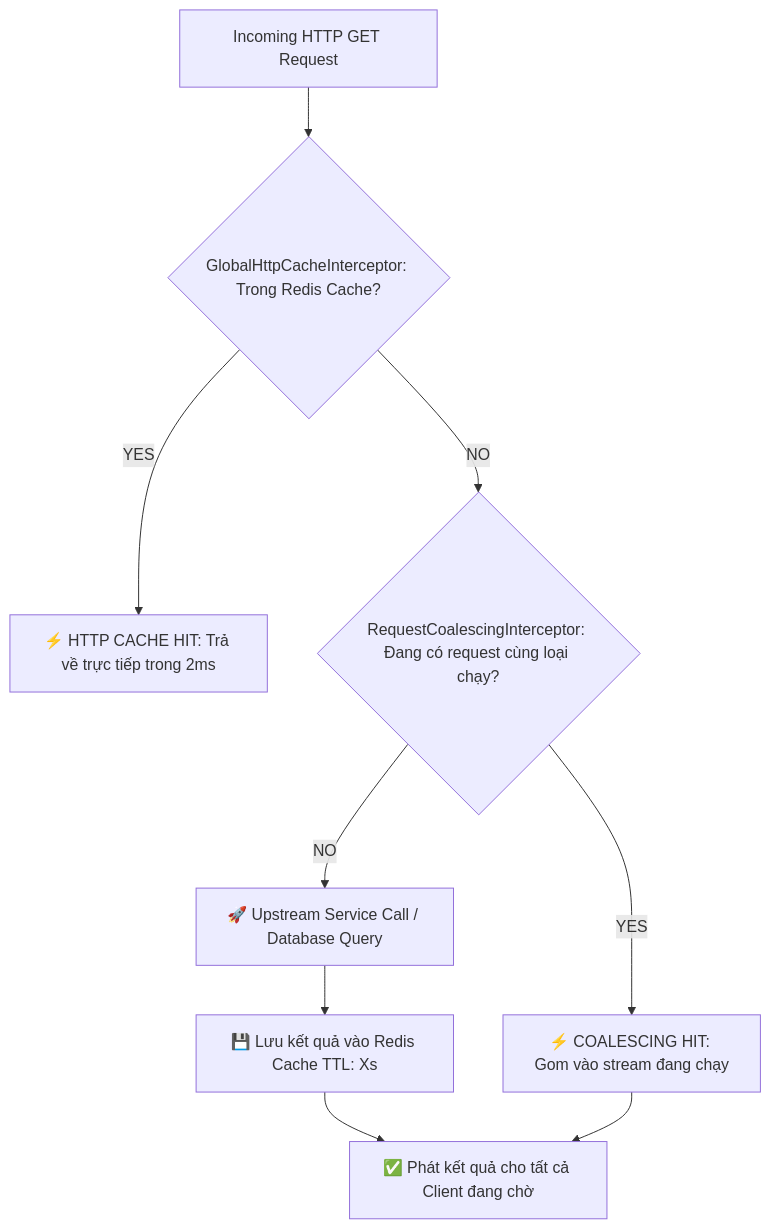
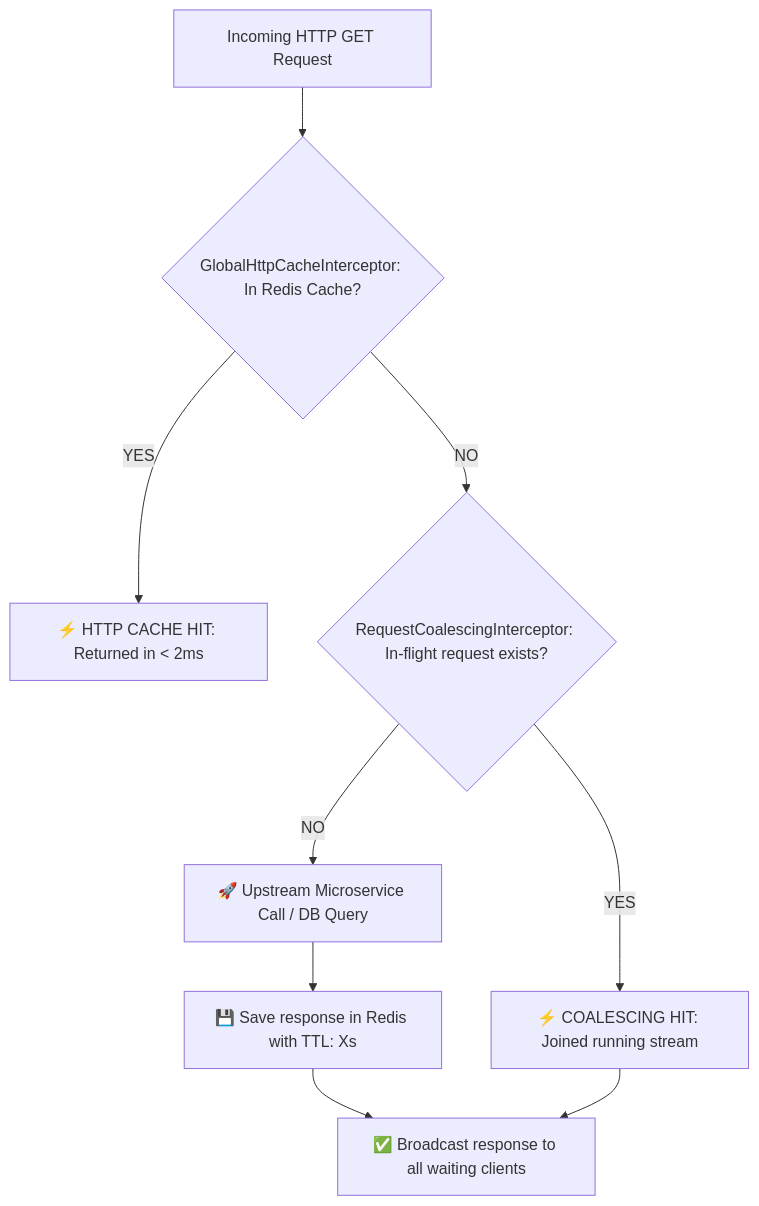
Before and after one commit to ayana0409/QuickBite: the diagram in src/quick-bite-api-gateway/README.md, drawn with Mermaid. The commit also changed other lines of this file and 7 other files, not shown here.

Commit message:
feat: add service-specific README documentation across all project modules

````diff
--- a/src/quick-bite-api-gateway/README.md
+++ b/src/quick-bite-api-gateway/README.md
@@ -31,11 +23,11 @@
 ```mermaid
 flowchart TD
-    Req[Incoming HTTP GET Request] --> CacheCheck{GlobalHttpCacheInterceptor: Trong Redis Cache?}
-    CacheCheck -- YES --> CacheHit[⚡ HTTP CACHE HIT: Trả về trực tiếp trong 2ms]
-    CacheCheck -- NO --> CoalesceCheck{RequestCoalescingInterceptor: Đang có request cùng loại chạy?}
-    CoalesceCheck -- YES --> CoalesceHit[⚡ COALESCING HIT: Gom vào stream đang chạy]
-    CoalesceCheck -- NO --> Downstream[🚀 Upstream Service Call / Database Query]
-    Downstream --> SaveCache[💾 Lưu kết quả vào Redis Cache TTL: Xs]
-    SaveCache --> Broadcast[✅ Phát kết quả cho tất cả Client đang chờ]
+    Req[Incoming HTTP GET Request] --> CacheCheck{GlobalHttpCacheInterceptor: In Redis Cache?}
+    CacheCheck -- YES --> CacheHit[⚡ HTTP CACHE HIT: Returned in < 2ms]
+    CacheCheck -- NO --> CoalesceCheck{RequestCoalescingInterceptor: In-flight request exists?}
+    CoalesceCheck -- YES --> CoalesceHit[⚡ COALESCING HIT: Joined running stream]
+    CoalesceCheck -- NO --> Downstream[🚀 Upstream Microservice Call / DB Query]
+    Downstream --> SaveCache[💾 Save response in Redis with TTL: Xs]
+    SaveCache --> Broadcast[✅ Broadcast response to all waiting clients]
     CoalesceHit --> Broadcast
 ```
````
